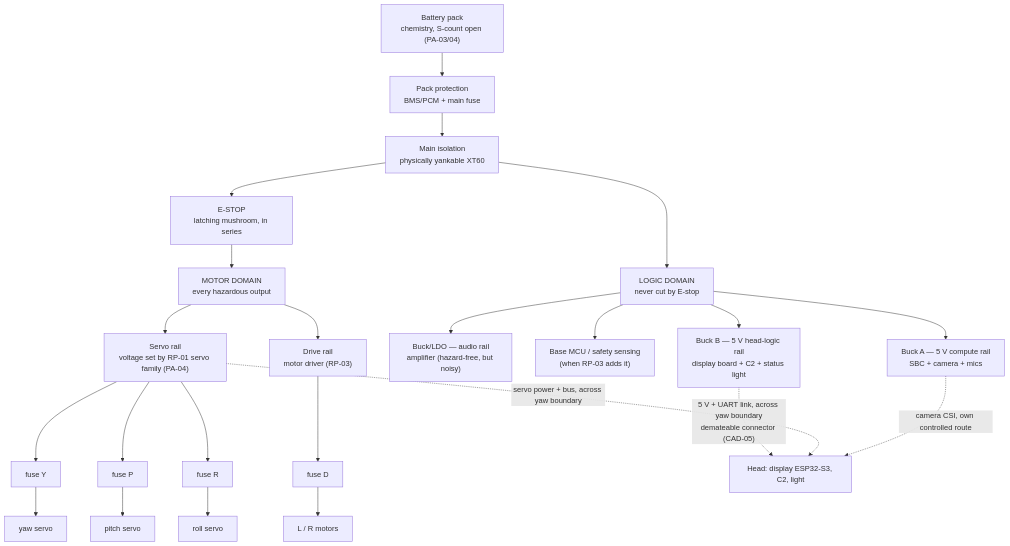
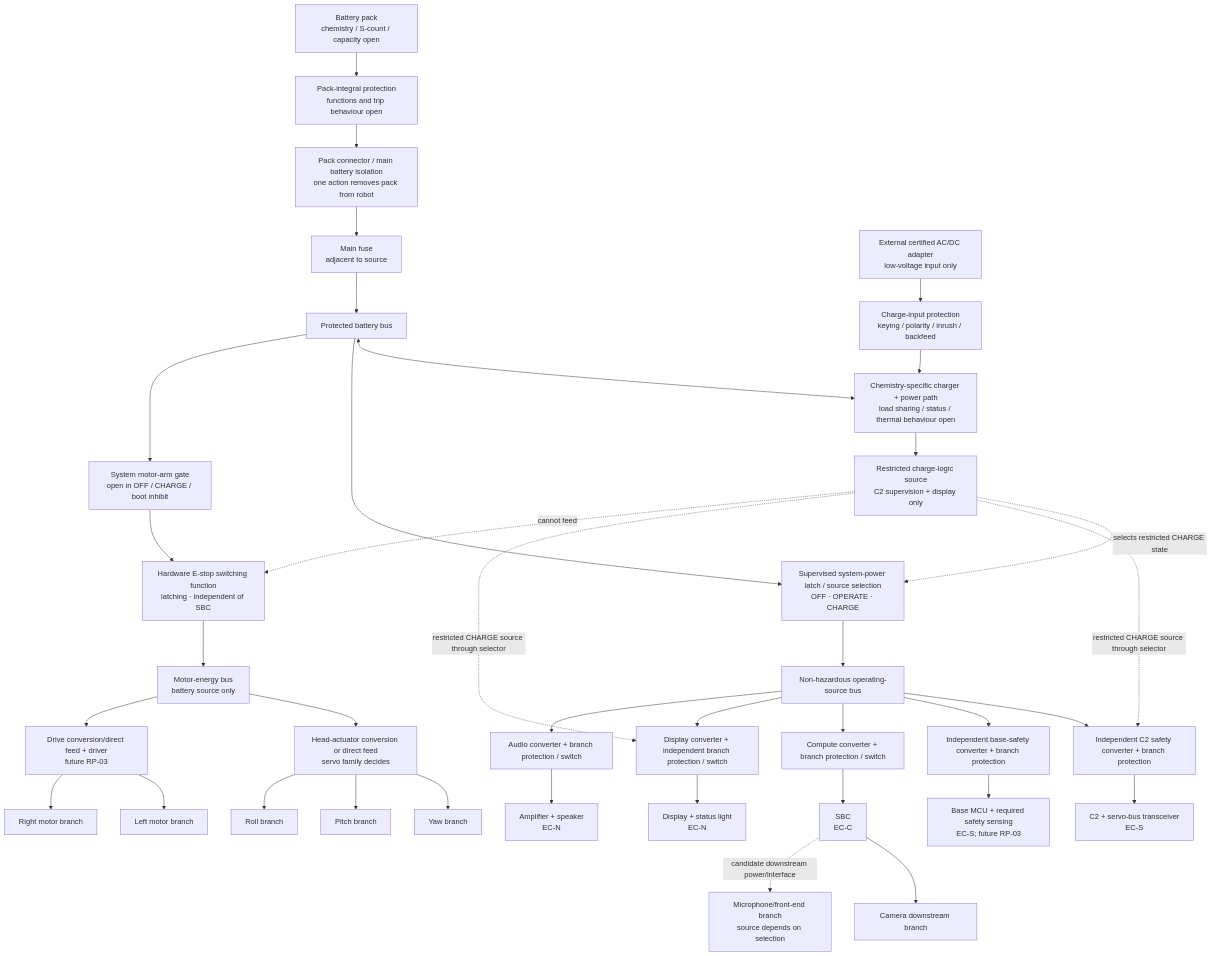
Before and after one commit to Avinier/M4K4-D: the diagram in docs/02-prototypes/RP-02-electrical/power-architecture.md, drawn with Mermaid. The commit also changed other lines of this file and 26 other files, not shown here.

Commit message:
docs: complete RP-02 power architecture definition

````diff
--- a/docs/02-prototypes/RP-02-electrical/power-architecture.md
+++ b/docs/02-prototypes/RP-02-electrical/power-architecture.md
@@ -17,24 +17,72 @@
 ```mermaid
 flowchart TB
-    PACK["Battery pack<br/>chemistry, S-count open (PA-03/04)"] --> PROT["Pack protection<br/>BMS/PCM + main fuse"]
-    PROT --> ISO["Main isolation<br/>physically yankable XT60"]
-    ISO --> LOGIC["LOGIC DOMAIN<br/>never cut by E-stop"]
-    ISO --> ESTOP["E-STOP<br/>latching mushroom, in series"]
-    ESTOP --> MOTOR["MOTOR DOMAIN<br/>every hazardous output"]
+    BAT["Battery pack<br/>chemistry / S-count / capacity open"]
+    PACKP["Pack-integral protection<br/>functions and trip behaviour open"]
+    PACKISO["Pack connector / main battery isolation<br/>one action removes pack from robot"]
+    MFUSE["Main fuse<br/>adjacent to source"]
+    BATBUS["Protected battery bus"]
 
-    LOGIC --> BK1["Buck A — 5 V compute rail<br/>SBC + camera + mics"]
-    LOGIC --> BK2["Buck B — 5 V head-logic rail<br/>display board + C2 + status light"]
-    LOGIC --> BK3["Buck/LDO — audio rail<br/>amplifier (hazard-free, but noisy)"]
-    LOGIC --> BMCU["Base MCU / safety sensing<br/>(when RP-03 adds it)"]
+    CHGIN["External certified AC/DC adapter<br/>low-voltage input only"]
+    CHGPROT["Charge-input protection<br/>keying / polarity / inrush / backfeed"]
+    CHGPATH["Chemistry-specific charger + power path<br/>load sharing / status / thermal behaviour open"]
+    CHGBUS["Restricted charge-logic source<br/>C2 supervision + display only"]
 
-    MOTOR --> SRV["Servo rail<br/>voltage set by RP-01 servo family (PA-04)"]
-    MOTOR --> DRV["Drive rail<br/>motor driver (RP-03)"]
-    SRV --> FY["fuse Y"] --> SY["yaw servo"]
-    SRV --> FP["fuse P"] --> SP["pitch servo"]
-    SRV --> FR["fuse R"] --> SR["roll servo"]
-    DRV --> FD["fuse D"] --> MD["L / R motors"]
+    SYSLATCH["Supervised system-power latch / source selection<br/>OFF · OPERATE · CHARGE"]
+    OPBUS["Non-hazardous operating-source bus"]
 
-    BK2 -. "5 V + UART link, across yaw boundary<br/>demateable connector (CAD-05)" .-> HEAD["Head: display ESP32-S3, C2, light"]
-    SRV -. "servo power + bus, across yaw boundary" .-> HEAD
-    BK1 -. "camera CSI, own controlled route" .-> HEAD
+    C2REG["Independent C2 safety converter + branch protection"]
+    C2["C2 + servo-bus transceiver<br/>EC-S"]
+    BASEREG["Independent base-safety converter + branch protection"]
+    BASE["Base MCU + required safety sensing<br/>EC-S; future RP-03"]
+
+    CMPREG["Compute converter + branch protection / switch"]
+    SBC["SBC<br/>EC-C"]
+    CAM["Camera downstream branch"]
+    MIC["Microphone/front-end branch<br/>source depends on selection"]
+
+    DSPREG["Display converter + independent branch protection / switch"]
+    DISPLAY["Display + status light<br/>EC-N"]
+    AUDREG["Audio converter + branch protection / switch"]
+    AUDIO["Amplifier + speaker<br/>EC-N"]
+
+    ESTOP["Hardware E-stop switching function<br/>latching · independent of SBC"]
+    MOTARM["System motor-arm gate<br/>open in OFF / CHARGE / boot inhibit"]
+    MOTBUS["Motor-energy bus<br/>battery source only"]
+    HEADREG["Head-actuator conversion or direct feed<br/>servo family decides"]
+    HY["Yaw branch"]
+    HP["Pitch branch"]
+    HR["Roll branch"]
+    DRVPATH["Drive conversion/direct feed + driver<br/>future RP-03"]
+    DL["Left motor branch"]
+    DR["Right motor branch"]
+
+    BAT --> PACKP --> PACKISO --> MFUSE --> BATBUS
+    CHGIN --> CHGPROT --> CHGPATH
+    BATBUS <--> CHGPATH
+    CHGPATH --> CHGBUS
+
+    BATBUS --> SYSLATCH
+    SYSLATCH --> OPBUS
+    CHGBUS -. "selects restricted CHARGE state" .-> SYSLATCH
+
+    OPBUS --> C2REG --> C2
+    OPBUS --> BASEREG --> BASE
+    OPBUS --> CMPREG --> SBC
+    SBC --> CAM
+    SBC -. "candidate downstream power/interface" .-> MIC
+    OPBUS --> DSPREG --> DISPLAY
+    OPBUS --> AUDREG --> AUDIO
+
+    BATBUS --> MOTARM --> ESTOP --> MOTBUS
+    MOTBUS --> HEADREG
+    HEADREG --> HY
+    HEADREG --> HP
+    HEADREG --> HR
+    MOTBUS --> DRVPATH
+    DRVPATH --> DL
+    DRVPATH --> DR
+
+    CHGBUS -. "restricted CHARGE source through selector" .-> C2REG
+    CHGBUS -. "restricted CHARGE source through selector" .-> DSPREG
+    CHGBUS -. "cannot feed" .-> ESTOP
 ```
````
